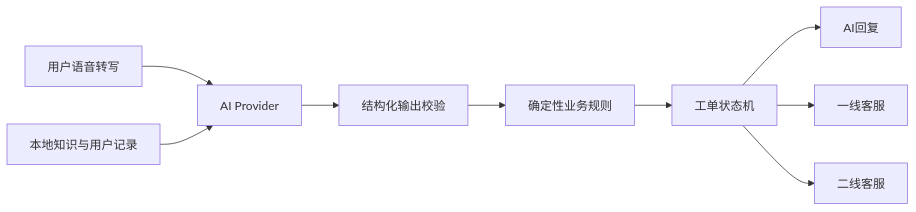
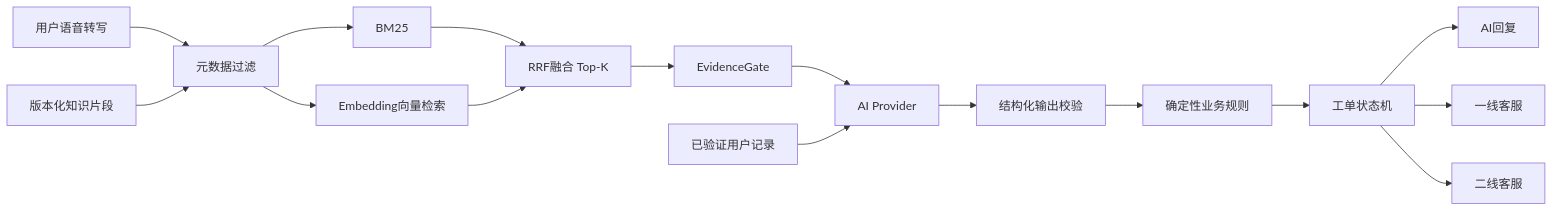
The diagram in README.md (avrilray-np/customer-service-copilot), drawn with Mermaid before and after one commit. The commit also changed other lines of this file and 104 other files, not shown here.

````diff
--- a/README.md
+++ b/README.md
@@ -32,11 +32,18 @@
 ```mermaid
 flowchart LR
-    U[用户语音转写] --> P[AI Provider]
-    K[本地知识与用户记录] --> P
+    U[用户语音转写] --> M[元数据过滤]
+    K[版本化知识片段] --> M
+    M --> B[BM25]
+    M --> V[Embedding向量检索]
+    B --> F[RRF融合 Top-K]
+    V --> F
+    F --> G[EvidenceGate]
+    G --> P[AI Provider]
+    D[已验证用户记录] --> P
     P --> S[结构化输出校验]
     S --> R[确定性业务规则]
     R --> T[工单状态机]
     T --> A[AI回复]
     T --> L1[一线客服]
     T --> L2[二线客服]
 ```
````
